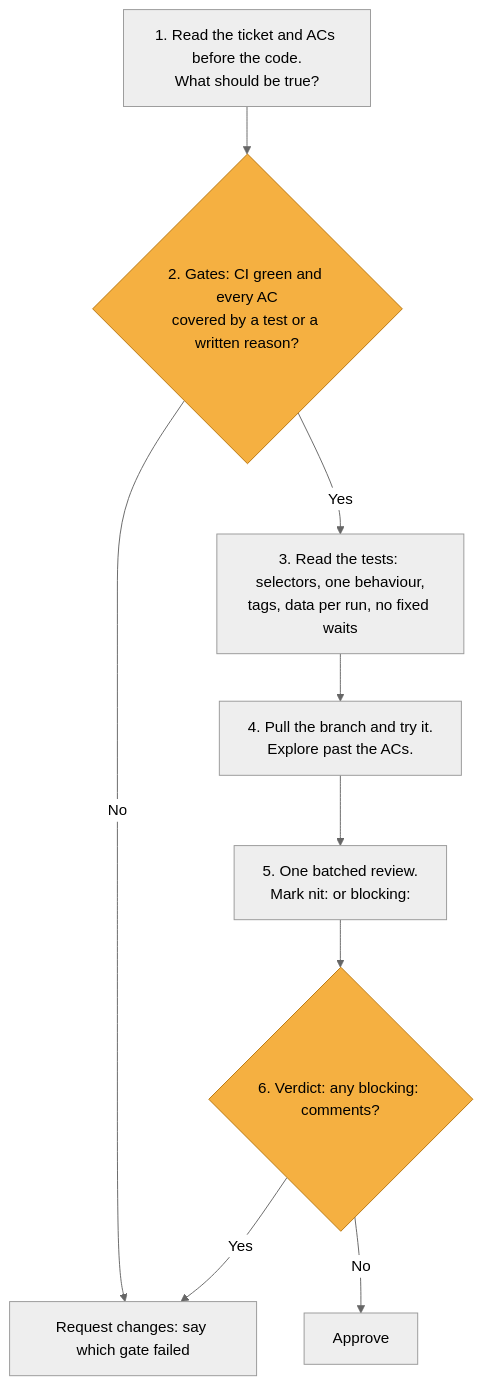
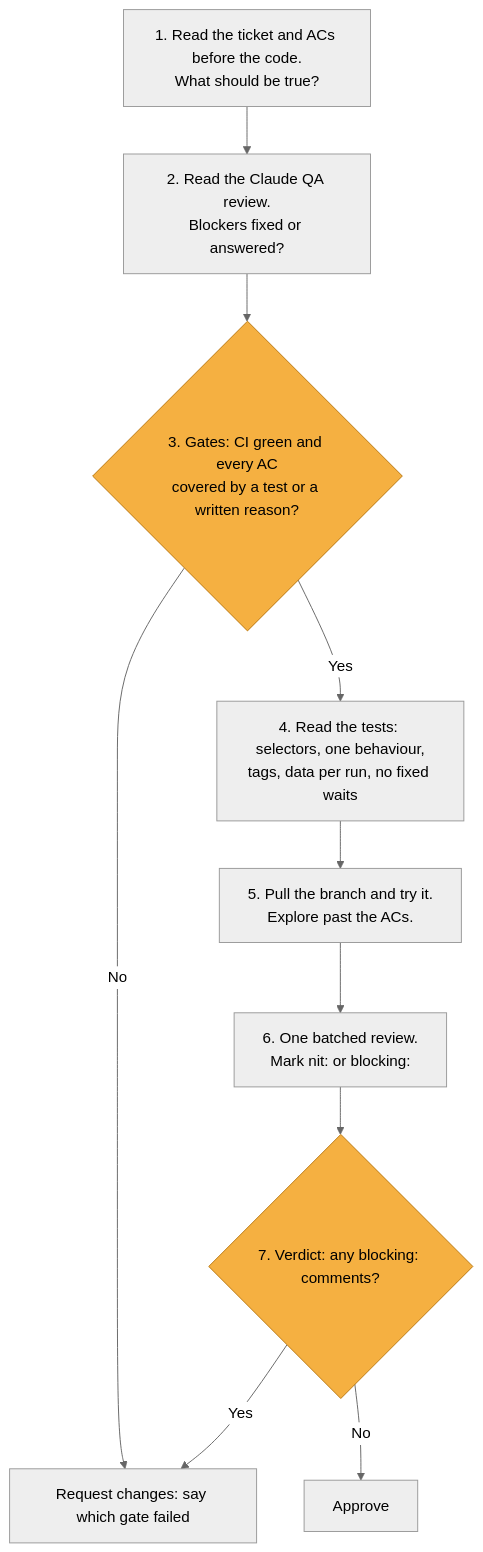
The fourth of 4 diagrams in docs/qa-workflows.md (RobBrowning/cypress-qa-showcase), drawn with Mermaid (neutral theme) before and after one commit. The commit also changed other lines of this file and 5 other files, not shown here.

Commit message:
docs: AI PR reviewer in README, CLAUDE.md and QA workflows; one reviewer (ADR 0005) (#12)

````diff
--- a/docs/qa-workflows.md
+++ b/docs/qa-workflows.md
@@ -121,13 +123,14 @@
 ```mermaid
 flowchart TD
-    A["1. Read the ticket and ACs before the code.<br/>What should be true?"] --> B{"2. Gates: CI green and every AC<br/>covered by a test or a written reason?"}
+    A["1. Read the ticket and ACs before the code.<br/>What should be true?"] --> AI["2. Read the Claude QA review.<br/>Blockers fixed or answered?"]
+    AI --> B{"3. Gates: CI green and every AC<br/>covered by a test or a written reason?"}
     B -- No --> R["Request changes: say which gate failed"]
-    B -- Yes --> C["3. Read the tests: selectors, one behaviour,<br/>tags, data per run, no fixed waits"]
-    C --> D["4. Pull the branch and try it.<br/>Explore past the ACs."]
-    D --> E["5. One batched review.<br/>Mark nit: or blocking:"]
-    E --> F{"6. Verdict: any blocking: comments?"}
+    B -- Yes --> C["4. Read the tests: selectors, one behaviour,<br/>tags, data per run, no fixed waits"]
+    C --> D["5. Pull the branch and try it.<br/>Explore past the ACs."]
+    D --> E["6. One batched review.<br/>Mark nit: or blocking:"]
+    E --> F{"7. Verdict: any blocking: comments?"}
     F -- No --> G["Approve"]
     F -- Yes --> R
     classDef decision fill:#f5b041,stroke:#b9770e,color:#000
     class B,F decision
 ```
````
